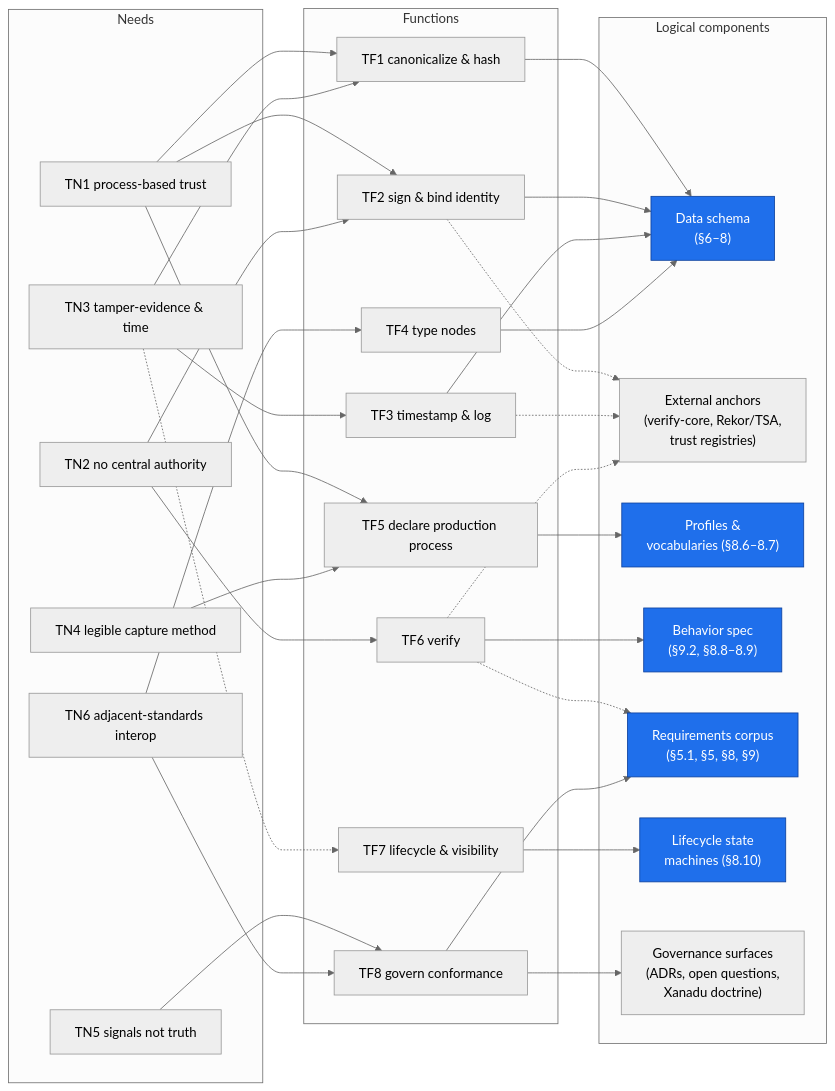
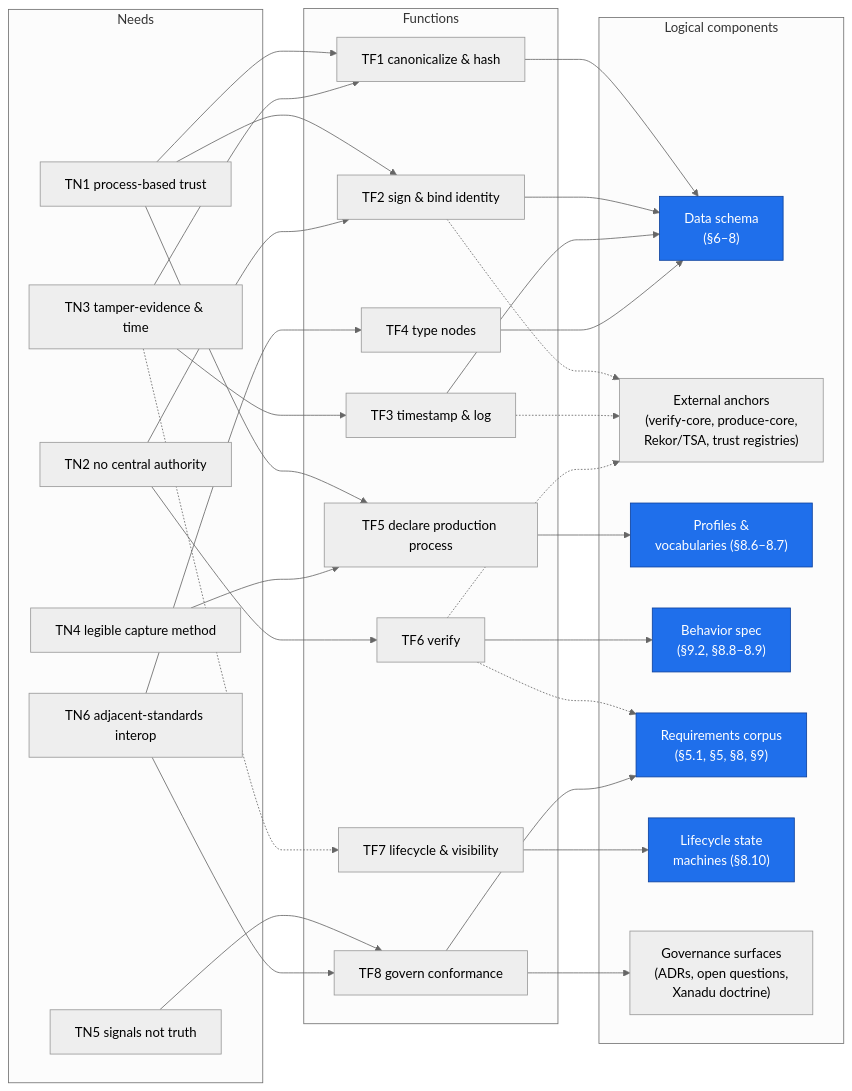
Before and after one commit to npstorey/civic-ai-tools: the sixth of 6 diagrams in research/05-typed-standards-spec-architecture-views.md, drawn with Mermaid (neutral theme). The commit also changed other lines of this file and 11 other files, not shown here.

````diff
--- a/research/05-typed-standards-spec-architecture-views.md
+++ b/research/05-typed-standards-spec-architecture-views.md
@@ -188,61 +205,61 @@
 ```mermaid
 flowchart LR
     subgraph Needs
         TN1["TN1 process-based trust"]
         TN2["TN2 no central authority"]
         TN3["TN3 tamper-evidence & time"]
         TN4["TN4 legible capture method"]
         TN5["TN5 signals not truth"]
         TN6["TN6 adjacent-standards interop"]
     end
 
     subgraph Functions
         TF1["TF1 canonicalize & hash"]
         TF2["TF2 sign & bind identity"]
         TF3["TF3 timestamp & log"]
         TF4["TF4 type nodes"]
         TF5["TF5 declare production process"]
         TF6["TF6 verify"]
         TF7["TF7 lifecycle & visibility"]
         TF8["TF8 govern conformance"]
     end
 
     subgraph Components["Logical components"]
         SCHEMA["Data schema<br/>(§6–8)"]:::spec
-        EXT["External anchors<br/>(verify-core, Rekor/TSA,<br/>trust registries)"]
+        EXT["External anchors<br/>(verify-core, produce-core,<br/>Rekor/TSA, trust registries)"]
         PROF["Profiles &<br/>vocabularies (§8.6–8.7)"]:::spec
         BEHAV["Behavior spec<br/>(§9.2, §8.8–8.9)"]:::spec
         REQ["Requirements corpus<br/>(§5.1, §5, §8, §9)"]:::spec
         LIFE["Lifecycle state<br/>machines (§8.10)"]:::spec
         GOV["Governance surfaces<br/>(ADRs, open questions,<br/>Xanadu doctrine)"]
     end
 
     TN1 --> TF1
     TN1 --> TF2
     TN1 --> TF5
     TN2 --> TF2
     TN2 --> TF6
     TN3 --> TF1
     TN3 --> TF3
     TN3 -.-> TF7
     TN4 --> TF5
     TN5 --> TF8
     TN6 --> TF4
     TN6 --> TF8
 
     TF1 --> SCHEMA
     TF2 --> SCHEMA
     TF2 -.-> EXT
     TF3 --> SCHEMA
     TF3 -.-> EXT
     TF4 --> SCHEMA
     TF5 --> PROF
     TF6 --> BEHAV
     TF6 -.-> EXT
     TF6 -.-> REQ
     TF7 --> LIFE
     TF8 --> REQ
     TF8 --> GOV
 
     classDef spec fill:#1f6feb,stroke:#0d419d,color:#ffffff
 ```
````
